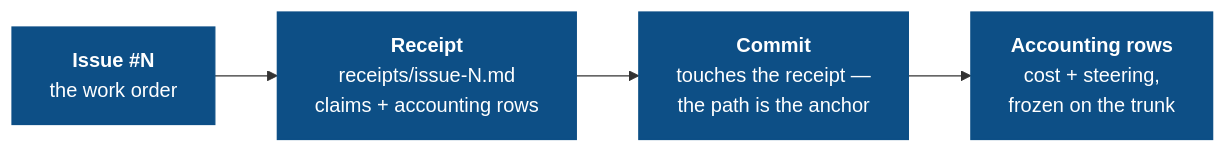
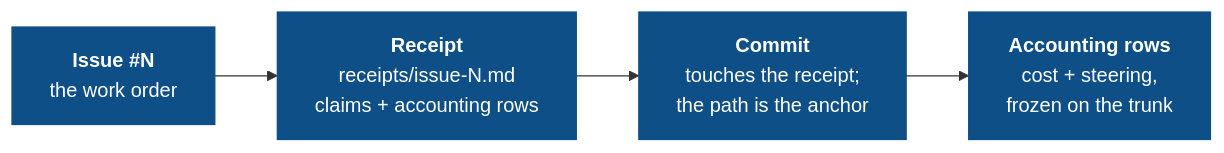
One commit to Duaility/governance-kit changed the diagram in docs/concepts/audit-chain.mdx. Above: the diagram before and after it, drawn with Mermaid. The commit also changed other lines of this file and 16 other files, not shown here.

````diff
--- a/docs/concepts/audit-chain.mdx
+++ b/docs/concepts/audit-chain.mdx
@@ -12,12 +12,12 @@
 ```mermaid
 flowchart LR
     I["<b>Issue #N</b><br/>the work order"]
     R["<b>Receipt</b><br/>receipts/issue-N.md<br/>claims + accounting rows"]
-    C["<b>Commit</b><br/>touches the receipt —<br/>the path is the anchor"]
+    C["<b>Commit</b><br/>touches the receipt;<br/>the path is the anchor"]
     CO["<b>Accounting rows</b><br/>cost + steering,<br/>frozen on the trunk"]
 
     I --> R --> C --> CO
 
     classDef chain fill:#0d4f86,stroke:#0d4f86,color:#ffffff
     class I,R,C,CO chain
 ```
````
